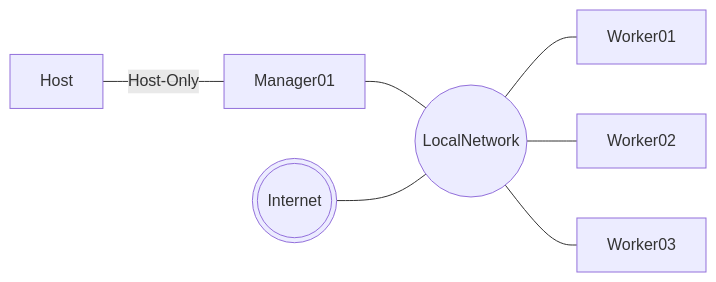
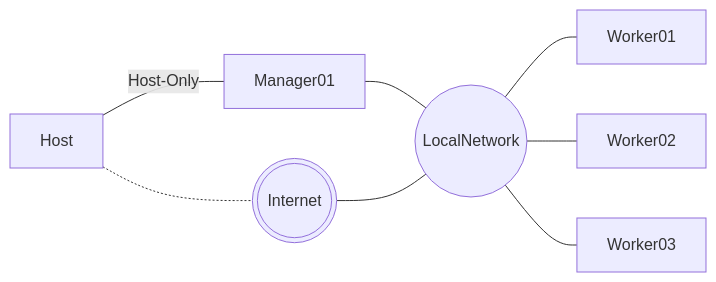
Before and after one commit to pgaljan/snippets: the diagram in K3SLite.md, drawn with Mermaid. The commit also changed other lines of this file, not shown here.

````diff
--- a/K3SLite.md
+++ b/K3SLite.md
@@ -14,9 +14,10 @@
 ```mermaid
 flowchart LR;
     Host---|Host-Only|Manager01;
     Manager01---LocalNetwork((LocalNetwork))
     LocalNetwork---Worker01
     LocalNetwork---Worker02
     LocalNetwork---Worker03
     Internet(((Internet)))---LocalNetwork
+    Host -.- Internet
 ```
````
